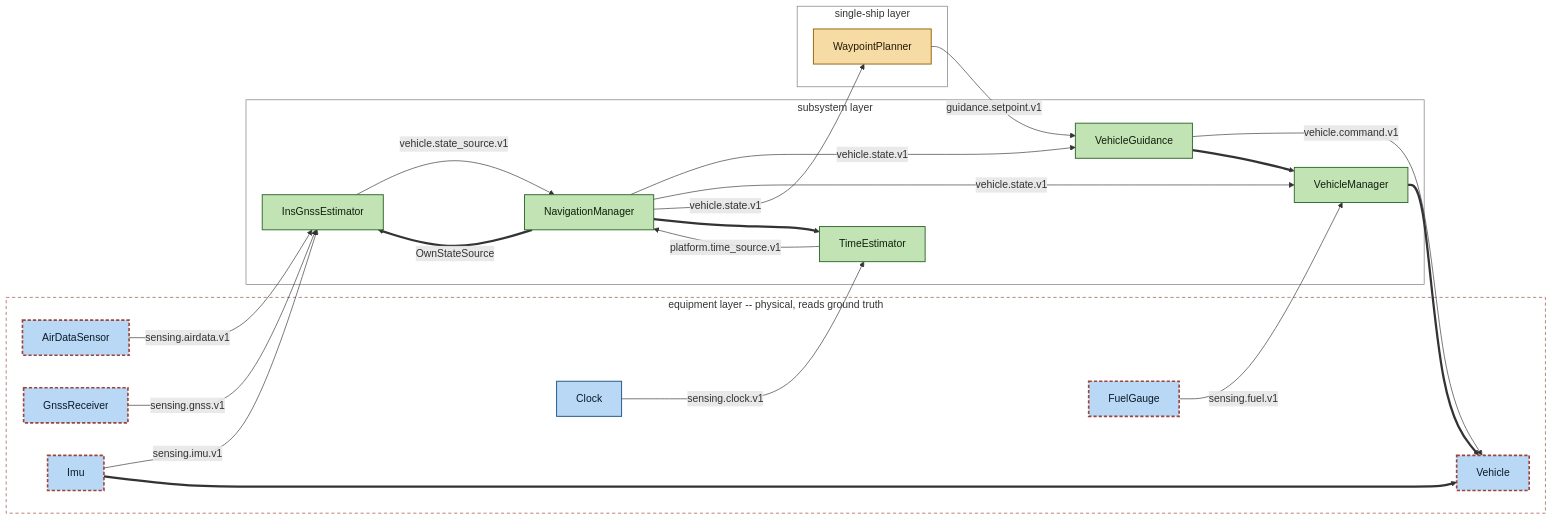
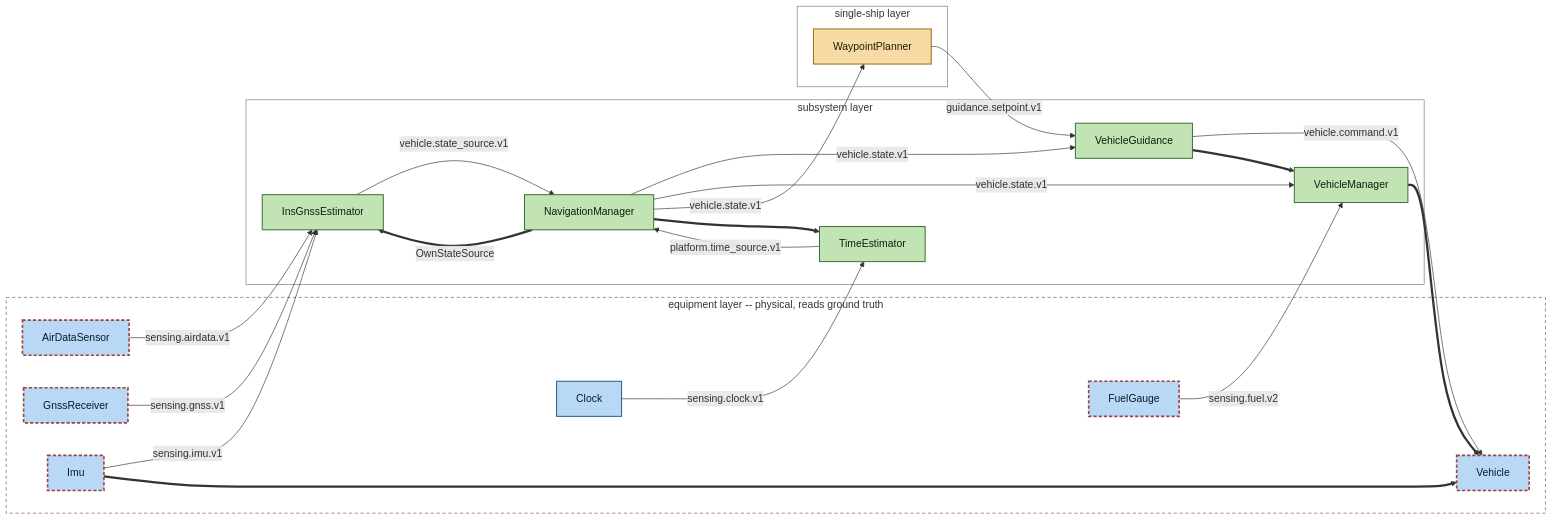
The diagram in docs/20-architecture.md (robinforsling/ose-prototype), drawn with Mermaid before and after one commit. The commit also changed 10 other files, not shown here.

````diff
--- a/docs/20-architecture.md
+++ b/docs/20-architecture.md
@@ -48,53 +48,53 @@
 ```mermaid
 %% Generated by tools/generate_architecture_diagram.py -- do not edit by hand.
 flowchart LR
   subgraph layer_equipment["equipment layer -- physical, reads ground truth"]
     AirDataSensor["AirDataSensor"]
     Clock["Clock"]
     FuelGauge["FuelGauge"]
     GnssReceiver["GnssReceiver"]
     Imu["Imu"]
     Vehicle["Vehicle"]
   end
   subgraph layer_subsystem["subsystem layer"]
     InsGnssEstimator["InsGnssEstimator"]
     NavigationManager["NavigationManager"]
     TimeEstimator["TimeEstimator"]
     VehicleGuidance["VehicleGuidance"]
     VehicleManager["VehicleManager"]
   end
   subgraph layer_single_ship["single-ship layer"]
     WaypointPlanner["WaypointPlanner"]
   end
 
   AirDataSensor -->|"sensing.airdata.v1"| InsGnssEstimator
   Clock -->|"sensing.clock.v1"| TimeEstimator
-  FuelGauge -->|"sensing.fuel.v1"| VehicleManager
+  FuelGauge -->|"sensing.fuel.v2"| VehicleManager
   GnssReceiver -->|"sensing.gnss.v1"| InsGnssEstimator
   Imu -->|"sensing.imu.v1"| InsGnssEstimator
   InsGnssEstimator -->|"vehicle.state_source.v1"| NavigationManager
   NavigationManager -->|"vehicle.state.v1"| VehicleGuidance
   NavigationManager -->|"vehicle.state.v1"| VehicleManager
   NavigationManager -->|"vehicle.state.v1"| WaypointPlanner
   TimeEstimator -->|"platform.time_source.v1"| NavigationManager
   VehicleGuidance -->|"vehicle.command.v1"| Vehicle
   WaypointPlanner -->|"guidance.setpoint.v1"| VehicleGuidance
 
   Imu ==> Vehicle
   NavigationManager ==>|"OwnStateSource"| InsGnssEstimator
   NavigationManager ==> TimeEstimator
   VehicleGuidance ==> VehicleManager
   VehicleManager ==> Vehicle
 
   classDef equipment fill:#b8d8f5,stroke:#245a87,color:#0b1a28,stroke-width:1.5px
   classDef subsystem fill:#c2e3b4,stroke:#376e32,color:#101f0e,stroke-width:1.5px
   classDef single_ship fill:#f6dba4,stroke:#96690f,color:#241a06,stroke-width:1.5px
   classDef readsTruth stroke:#9c453e,stroke-width:2.5px,stroke-dasharray:5 3
   class AirDataSensor,Clock,FuelGauge,GnssReceiver,Imu,Vehicle equipment
   class InsGnssEstimator,NavigationManager,TimeEstimator,VehicleGuidance,VehicleManager subsystem
   class WaypointPlanner single_ship
   class AirDataSensor,FuelGauge,GnssReceiver,Imu,Vehicle readsTruth
   style layer_equipment fill:none,stroke:#9c453e,stroke-dasharray:5 4
   style layer_subsystem fill:none,stroke:#767676
   style layer_single_ship fill:none,stroke:#767676
 ```
````
